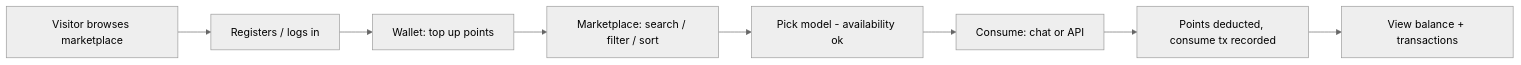
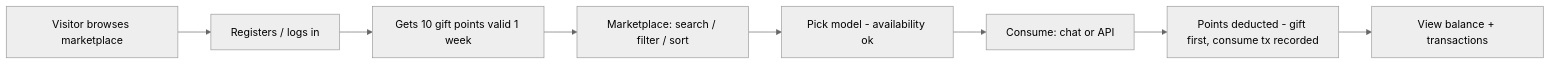
The second of 5 diagrams in docs/user-stories.md (argszero/aitokenpool), drawn with Mermaid (neutral theme) before and after one commit. The commit also changed other lines of this file, not shown here.

Commit message:
docs: finalize points model — gift 10 pts (1 week), earned/top-up permanent (v1.2) (#11)

````diff
--- a/docs/user-stories.md
+++ b/docs/user-stories.md
@@ -97,10 +106,10 @@
 ```mermaid
 flowchart LR
   A[Visitor browses marketplace] --> B[Registers / logs in]
-  B --> C[Wallet: top up points]
+  B --> C[Gets 10 gift points valid 1 week]
   C --> D[Marketplace: search / filter / sort]
   D --> E[Pick model - availability ok]
   E --> F[Consume: chat or API]
-  F --> G[Points deducted, consume tx recorded]
+  F --> G[Points deducted - gift first, consume tx recorded]
   G --> H[View balance + transactions]
 ```
````
